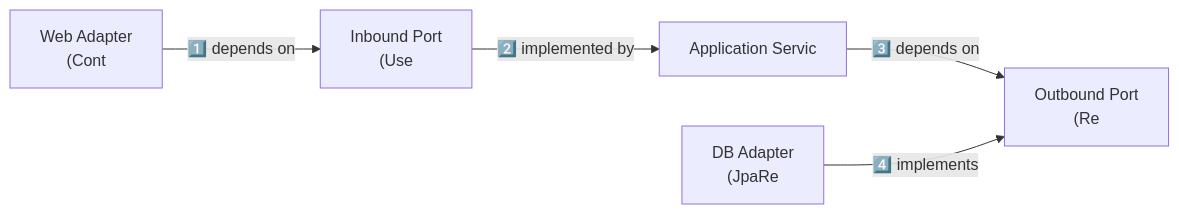
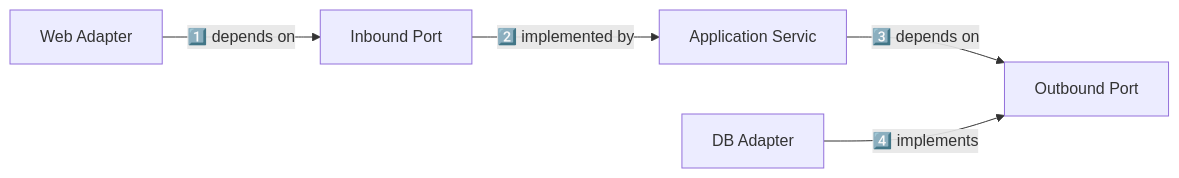
One commit to yjkim2015/yjkim2015.github.io changed the second of 4 diagrams in _posts/architecture/2026-05-01-hexagonal.md. Above: the diagram before and after it, drawn with Mermaid. The commit also changed other lines of this file and 217 other files, not shown here.

First line of the commit message:
Mermaid 크기 수정: useMaxWidth:true + SVG max-width:100% + 라벨 축소

````diff
--- a/_posts/architecture/2026-05-01-hexagonal.md
+++ b/_posts/architecture/2026-05-01-hexagonal.md
@@ -99,12 +99,12 @@
 ```mermaid
 graph LR
-    WA["Web Adapter\n(Cont"]
-    IP["Inbound Port\n(Use"]
+    WA["Web Adapter"]
+    IP["Inbound Port"]
     AS["Application Servic"]
-    OP["Outbound Port\n(Re"]
-    DA["DB Adapter\n(JpaRe"]
+    OP["Outbound Port"]
+    DA["DB Adapter"]
     WA -->|"1️⃣ depends on"| IP
     IP -->|"2️⃣ implemented by"| AS
     AS -->|"3️⃣ depends on"| OP
     DA -->|"4️⃣ implements"| OP
 ```
````
